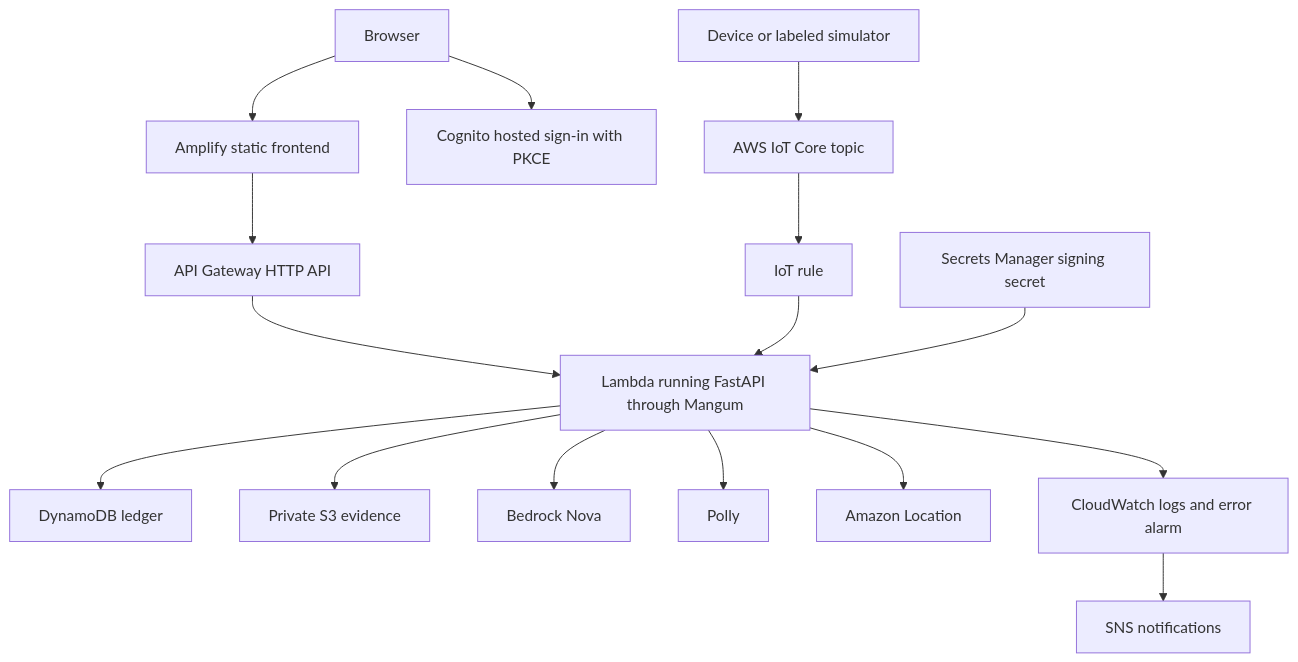
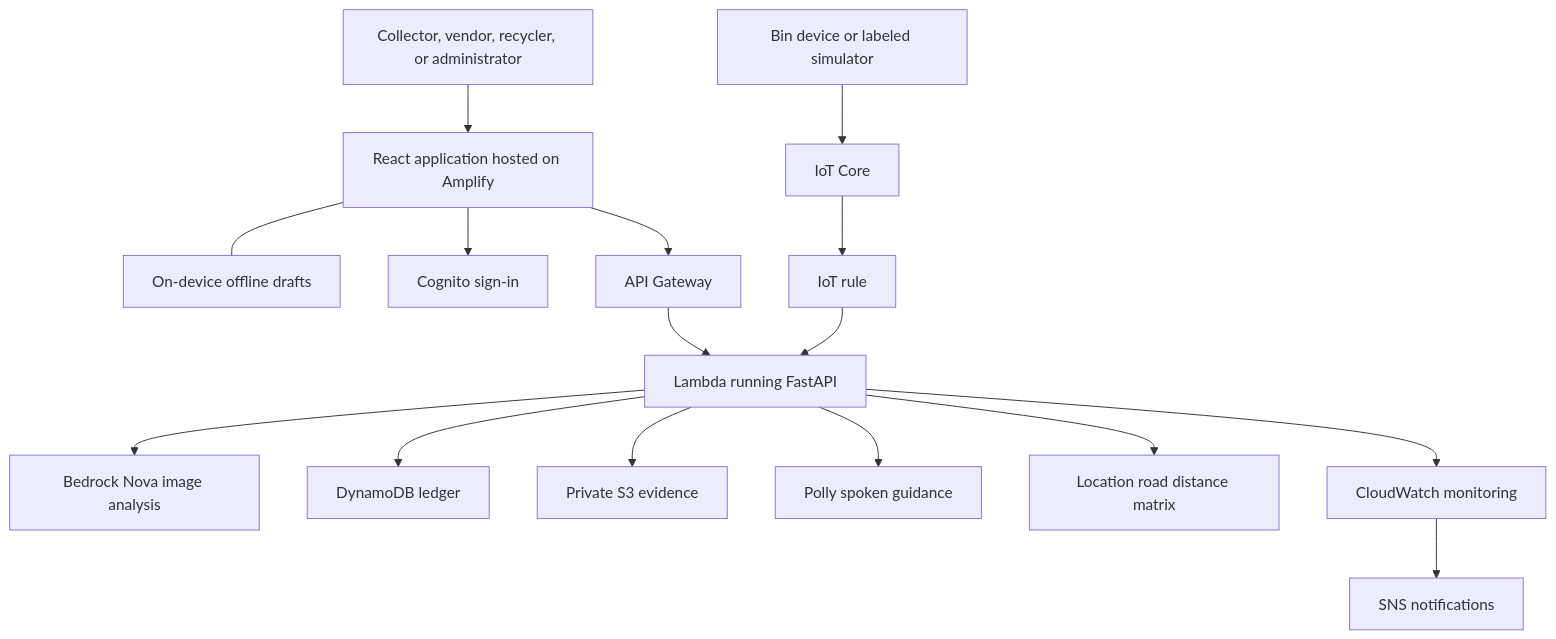
The second of 2 diagrams in README.md (ravishkansal22/Scrape-saathi), drawn with Mermaid before and after one commit. The commit also changed other lines of this file, not shown here.

````diff
--- a/README.md
+++ b/README.md
@@ -174,18 +107,19 @@
 ```mermaid
 flowchart TB
-    USER[Browser] --> HOST[Amplify static frontend]
-    USER --> COG[Cognito hosted sign-in with PKCE]
-    HOST --> GW[API Gateway HTTP API]
-    GW --> FN[Lambda running FastAPI through Mangum]
-    FN --> DB[DynamoDB ledger]
-    FN --> S3[Private S3 evidence]
-    FN --> BR[Bedrock Nova]
-    FN --> PL[Polly]
-    FN --> LOC[Amazon Location]
-    DEVICE[Device or labeled simulator] --> IOT[AWS IoT Core topic]
+    USER[Collector, vendor, recycler, or administrator]
+    USER --> WEB[React application hosted on Amplify]
+    WEB --- OFFLINE[On-device offline drafts]
+    WEB --> AUTH[Cognito sign-in]
+    WEB --> API[API Gateway]
+    API --> APP[Lambda running FastAPI]
+    APP --> AI[Bedrock Nova image analysis]
+    APP --> DATA[DynamoDB ledger]
+    APP --> EVIDENCE[Private S3 evidence]
+    APP --> AUDIO[Polly spoken guidance]
+    APP --> ROUTE[Location road distance matrix]
+    BINS[Bin device or labeled simulator] --> IOT[IoT Core]
     IOT --> RULE[IoT rule]
-    RULE --> FN
-    FN --> LOG[CloudWatch logs and error alarm]
-    LOG --> SNS[SNS notifications]
-    SECRET[Secrets Manager signing secret] --> FN
+    RULE --> APP
+    APP --> MONITOR[CloudWatch monitoring]
+    MONITOR --> ALERT[SNS notifications]
 ```
````
